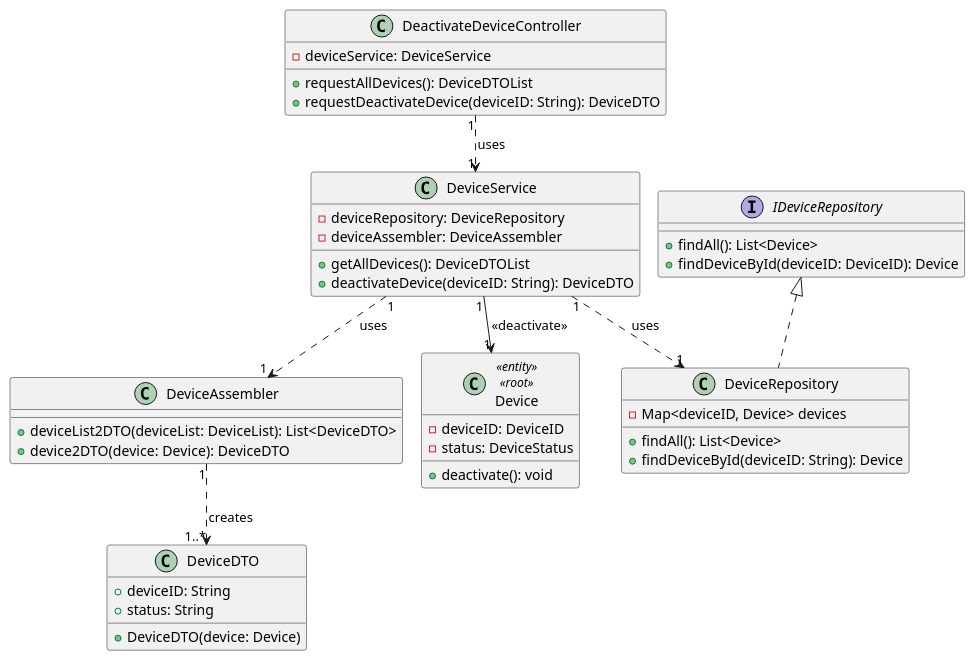
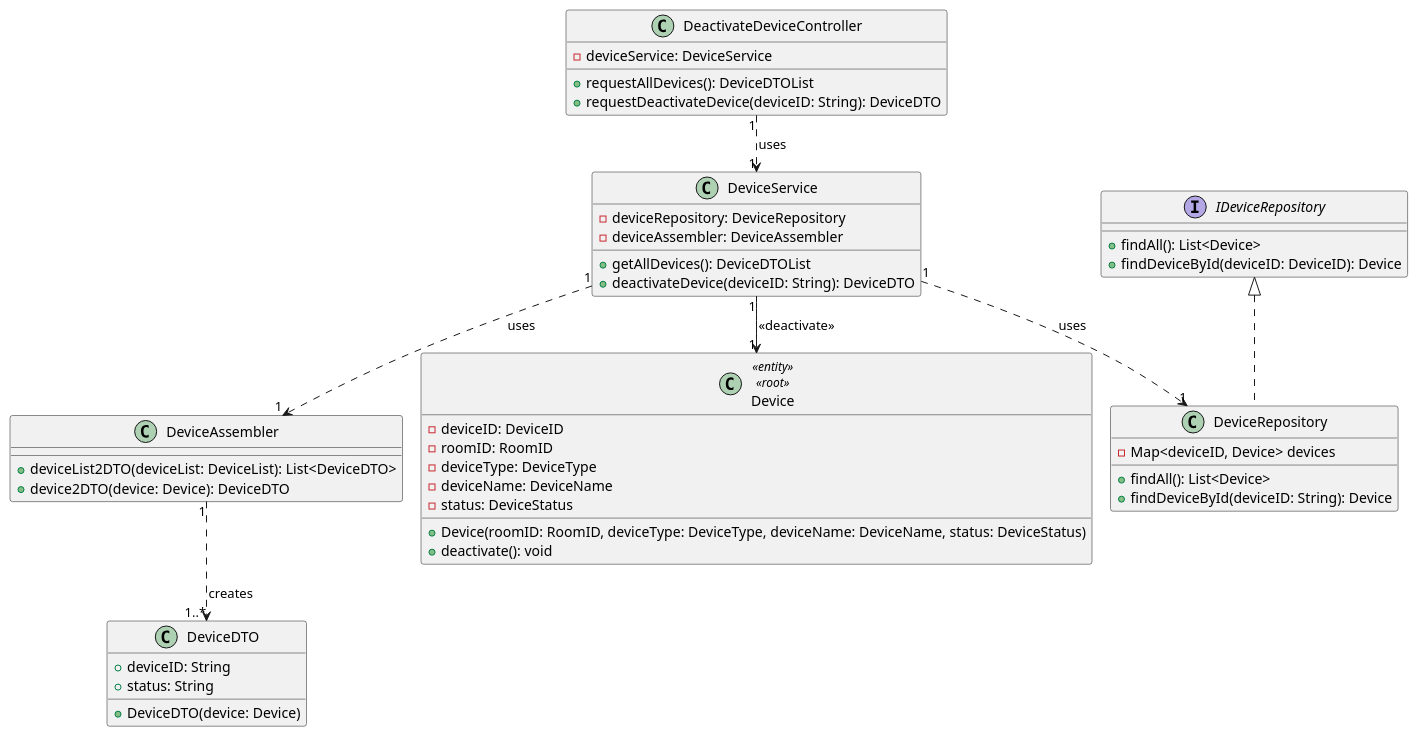
The diagram in docs/ood/classDiagram/US08DeactivateDevice.puml (olivDiogo/SmartHome), drawn with PlantUML before and after one commit.

Commit message:
Update: change device attributes from US08 CD, addresses #105

```diff
--- a/docs/ood/classDiagram/US08DeactivateDevice.puml
+++ b/docs/ood/classDiagram/US08DeactivateDevice.puml
@@ -1,55 +1,59 @@
 @startuml
 'https://plantuml.com/class-diagram
 
 !pragma layout smetana
 !pragma scale 100 width
 !pragma useVerticalIfPossible
 
 class DeactivateDeviceController {
     -deviceService: DeviceService
     +requestAllDevices(): DeviceDTOList
     +requestDeactivateDevice(deviceID: String): DeviceDTO
 }
 
 class DeviceService {
     -deviceRepository: DeviceRepository
     -deviceAssembler: DeviceAssembler
     +getAllDevices(): DeviceDTOList
     +deactivateDevice(deviceID: String): DeviceDTO
 }
 
 class DeviceRepository implements IDeviceRepository {
     -Map<deviceID, Device> devices
     +findAll(): List<Device>
     +findDeviceById(deviceID: String): Device
 }
 
 interface IDeviceRepository {
     +findAll(): List<Device>
     +findDeviceById(deviceID: DeviceID): Device
 }
 
 class DeviceAssembler {
     +deviceList2DTO(deviceList: DeviceList): List<DeviceDTO>
     +device2DTO(device: Device): DeviceDTO
 }
 
 
 class DeviceDTO {
     +deviceID: String
     +status: String
     +DeviceDTO(device: Device)
 }
 
 class Device<<entity>><<root>> {
     -deviceID: DeviceID
+    -roomID: RoomID
+    -deviceType: DeviceType
+    -deviceName: DeviceName
     -status: DeviceStatus
+    +Device(roomID: RoomID, deviceType: DeviceType, deviceName: DeviceName, status: DeviceStatus)
     +deactivate(): void
 }
 
 DeactivateDeviceController "1" ..> "1" DeviceService: uses >
 DeviceService "1" ..> "1" DeviceRepository: uses >
 DeviceService "1" ..> "1" DeviceAssembler: uses >
 DeviceAssembler "1" ..> "1..*" DeviceDTO: creates >
 DeviceService "1" --> "1" Device: <<deactivate>>
 @enduml
```
